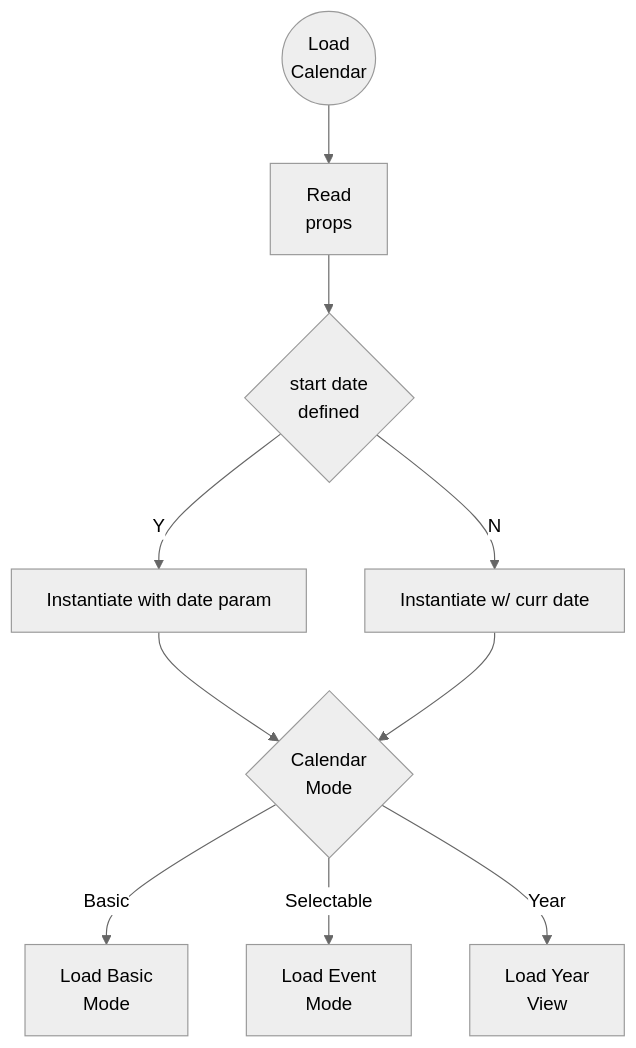
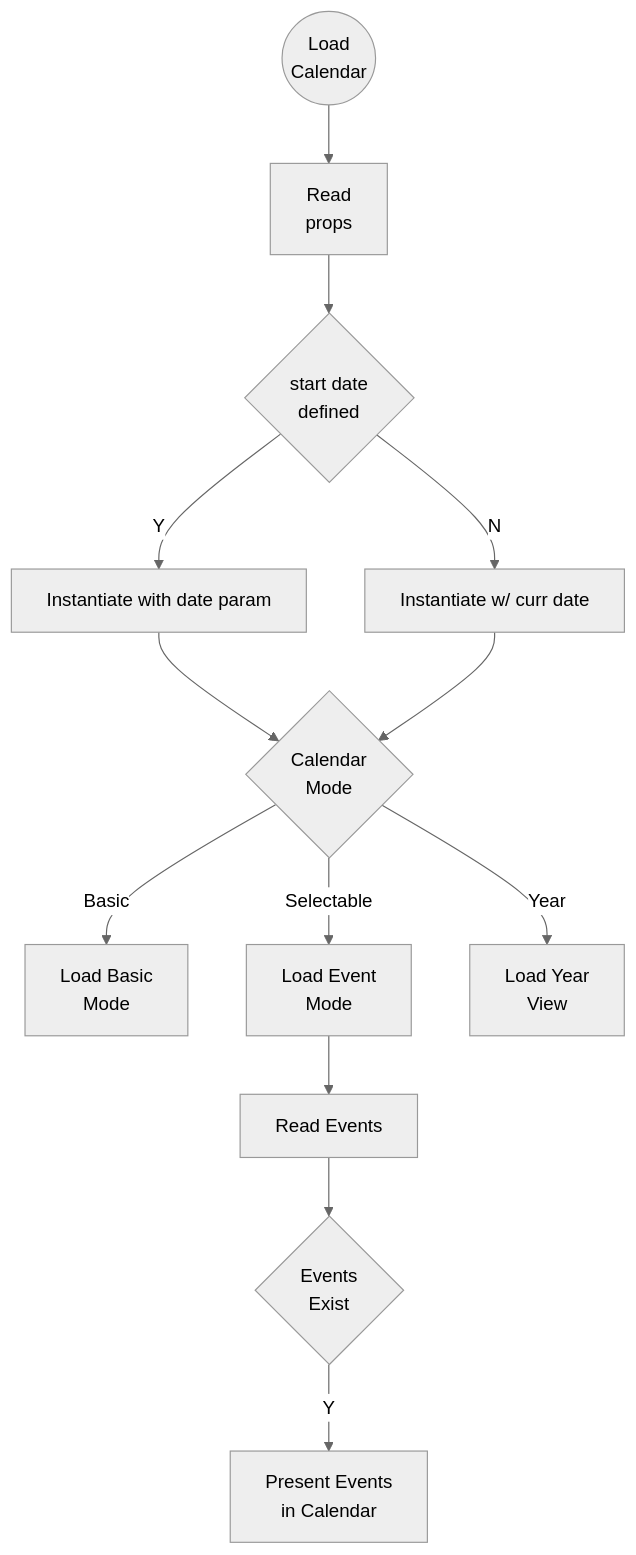
Before and after one commit to jaywalker76/calendar: the diagram in events_diagram.mmd, drawn with Mermaid (neutral theme). The commit also changed other lines of this file and 8 other files, not shown here.

Commit message:
add updated diagrams

```diff
--- a/events_diagram.mmd
+++ b/events_diagram.mmd
@@ -1,16 +1,20 @@
 graph TD
     %% Load Calendar
     A((Load <br/>Calendar)) --> B[Read <br> props]
     B --> C{start date <br/> defined}
     %% Instantiate with Date.now()
     C -- Y --> D[Instantiate with date param]
     %% Instantiate with startdate prop
     C -- N --> E[Instantiate w/ curr date]
 
     %% check calendar mode
     D --> F{Calendar <br> Mode}
     E --> F{Calendar <br> Mode}
 
     F -- Basic --> G[Load Basic<br>Mode]
     F -- Selectable --> H[Load Event<br>Mode]
     F -- Year --> I[Load Year <br>View]
+
+    H --> J[Read Events] 
+    J --> K{Events <br> Exist}
+    K -- Y --> L[Present Events <br> in Calendar]
```
